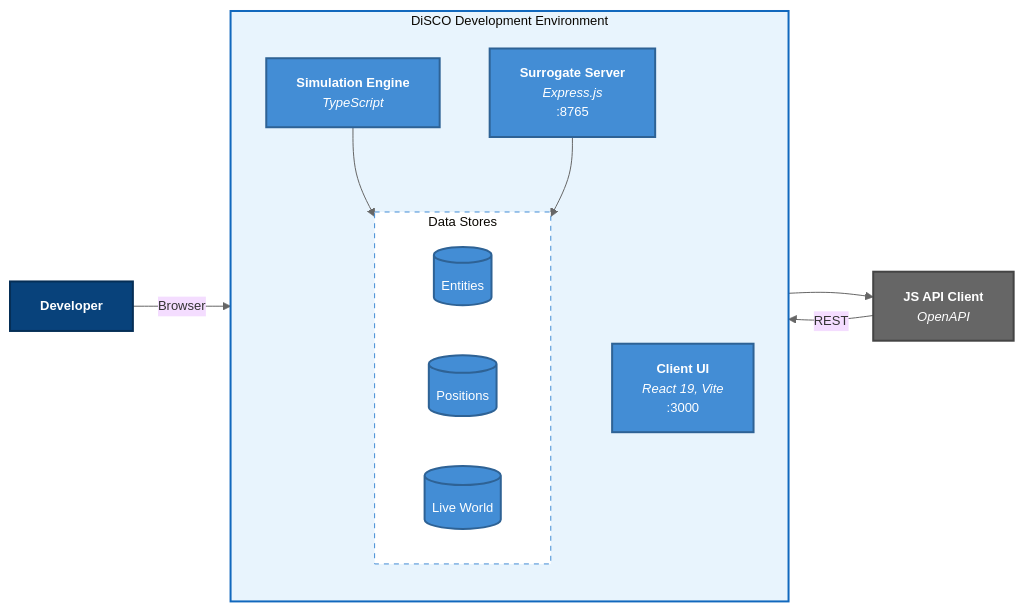
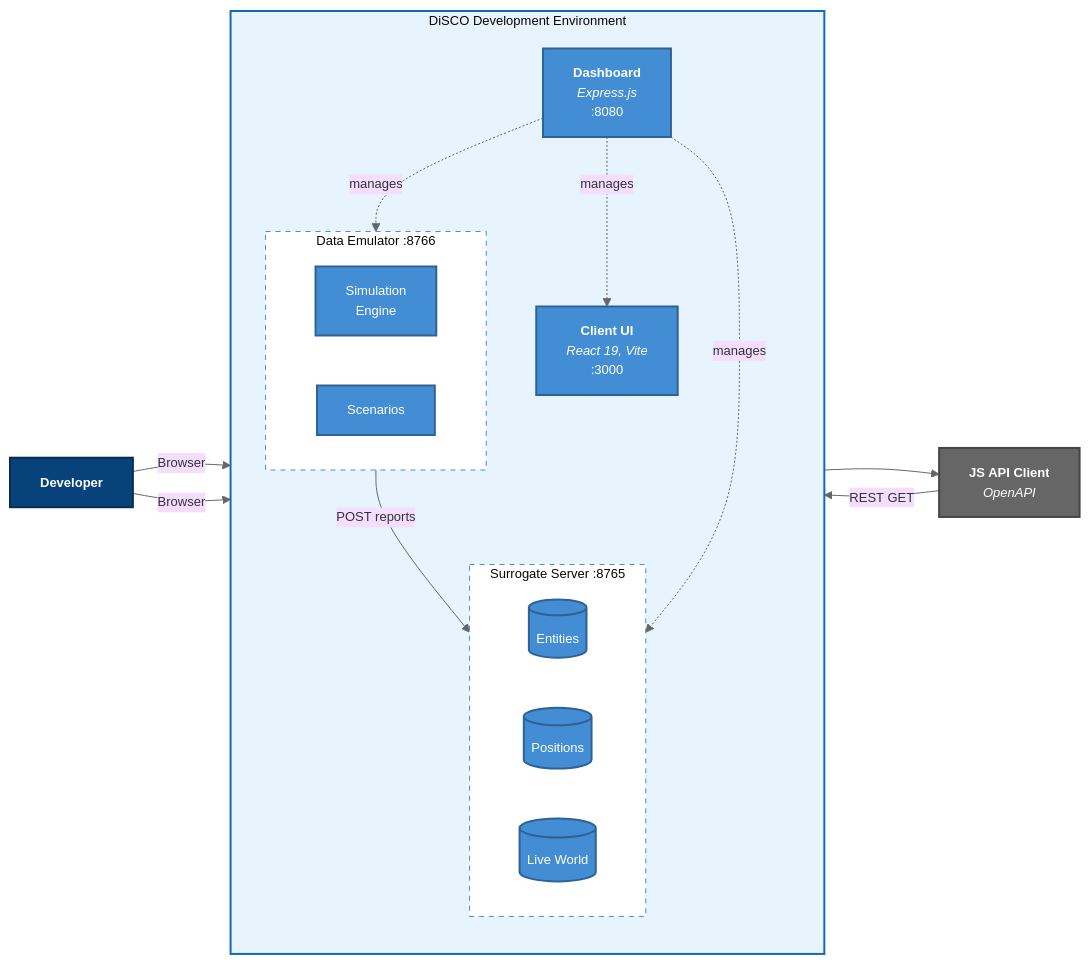
Before and after one commit to ericpauls/disco_workspace: the second of 6 diagrams in docs/c4-architecture-diagram.md, drawn with Mermaid. The commit also changed other lines of this file and 14 other files, not shown here.

First line of the commit message:
feat: Add scenario selection to dashboard and idle-start emulator

````diff
--- a/docs/c4-architecture-diagram.md
+++ b/docs/c4-architecture-diagram.md
@@ -50,42 +50,48 @@
 ```mermaid
 %%{init: {'theme': 'base', 'themeVariables': { 'lineColor': '#666', 'fontSize': '13px'}}}%%
 flowchart LR
     dev["<b>Developer</b>"]
 
     subgraph disco["&nbsp;&nbsp;DiSCO Development Environment&nbsp;&nbsp;"]
         direction TB
+        dash["<b>Dashboard</b><br/><i>Express.js</i><br/>:8080"]
         client["<b>Client UI</b><br/><i>React 19, Vite</i><br/>:3000"]
-        server["<b>Surrogate Server</b><br/><i>Express.js</i><br/>:8765"]
-        sim["<b>Simulation Engine</b><br/><i>TypeScript</i>"]
 
-        subgraph stores["Data Stores"]
+        subgraph server["&nbsp;&nbsp;Surrogate Server :8765&nbsp;&nbsp;"]
             direction LR
             entity_db[("Entities")]
             pos_db[("Positions")]
             lw_db[("Live World")]
         end
+
+        subgraph emulator["&nbsp;&nbsp;Data Emulator :8766&nbsp;&nbsp;"]
+            sim["Simulation<br/>Engine"]
+            scenarios["Scenarios"]
+        end
     end
 
     js_client["<b>JS API Client</b><br/><i>OpenAPI</i>"]
 
+    dev -->|Browser| dash
     dev -->|Browser| client
     client --> js_client
-    js_client -->|REST| server
-
-    sim --> stores
-    server --> stores
+    js_client -->|REST GET| server
+    emulator -->|POST reports| server
+    dash -.->|manages| server
+    dash -.->|manages| emulator
+    dash -.->|manages| client
 
     classDef person fill:#08427B,stroke:#052E56,color:#fff,stroke-width:2px
     classDef container fill:#438DD5,stroke:#2E6295,color:#fff,stroke-width:2px
     classDef db fill:#438DD5,stroke:#2E6295,color:#fff,stroke-width:2px
     classDef ext fill:#666,stroke:#444,color:#fff,stroke-width:2px
     classDef boundary fill:#E8F4FD,stroke:#1168BD,stroke-width:2px
-    classDef storebox fill:#fff,stroke:#438DD5,stroke-width:1px,stroke-dasharray: 5 5
+    classDef inner fill:#fff,stroke:#438DD5,stroke-width:1px,stroke-dasharray: 5 5
 
     class dev person
-    class client,server,sim container
+    class dash,client,sim,scenarios container
     class entity_db,pos_db,lw_db db
     class js_client ext
     class disco boundary
-    class stores storebox
+    class server,emulator inner
 ```
````
